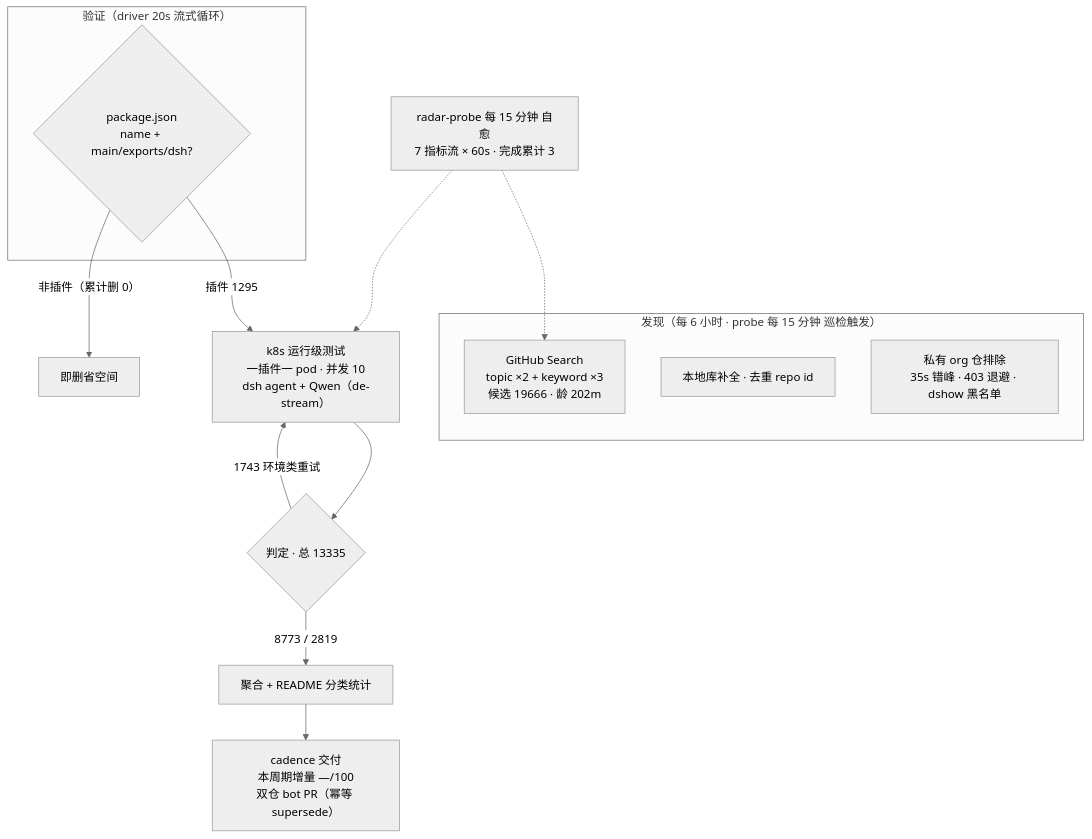
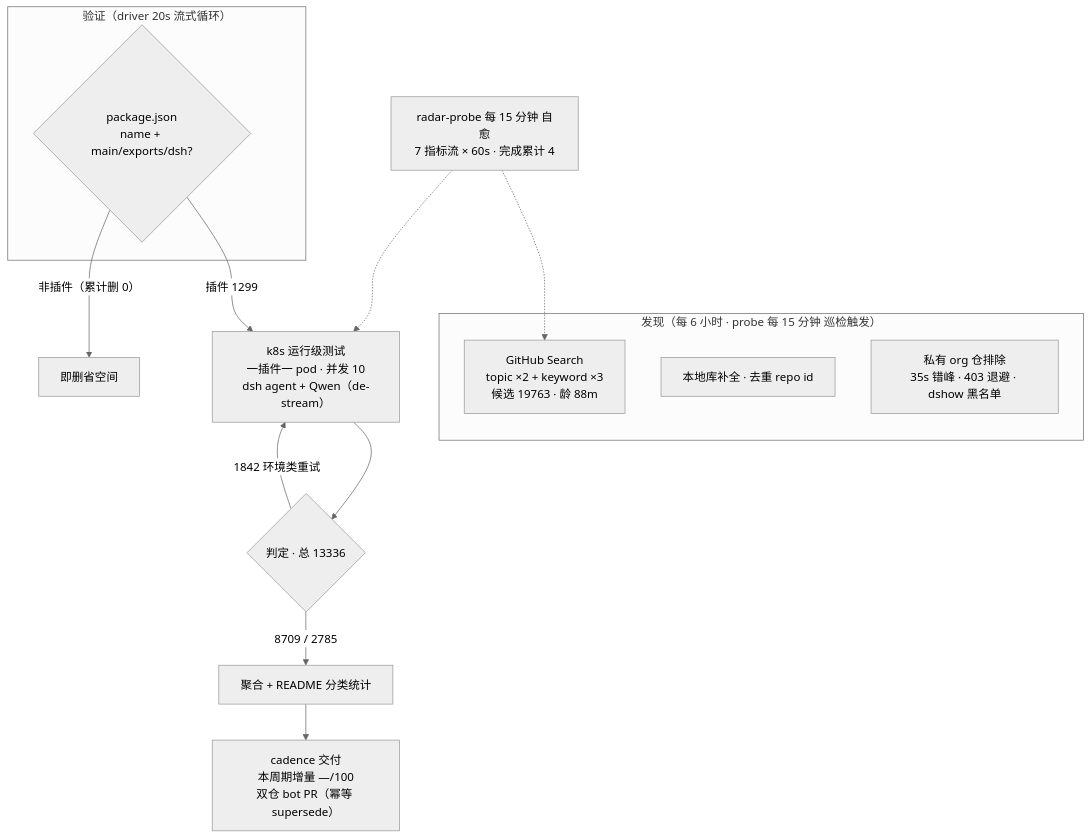
The diagram in README.md (AdamPlatin123/dsh-plugin-radar), drawn with Mermaid (neutral theme) before and after one commit. The commit also changed other lines of this file and 16 other files, not shown here.

````diff
--- a/README.md
+++ b/README.md
@@ -52,20 +52,20 @@
 ```mermaid
 flowchart TB
     subgraph Discovery["发现（每 6 小时 · probe 每 15 分钟 巡检触发）"]
-        A1["GitHub Search<br/>topic ×2 + keyword ×3<br/>候选 19666 · 龄 202m"]
+        A1["GitHub Search<br/>topic ×2 + keyword ×3<br/>候选 19763 · 龄 88m"]
         A2["本地库补全 · 去重 repo id"]
         A3["私有 org 仓排除<br/>35s 错峰 · 403 退避 · dshow 黑名单"]
     end
     subgraph Validation["验证（driver 20s 流式循环）"]
         B1{"package.json<br/>name + main/exports/dsh?"}
     end
-    B1 -->|"插件 1295"| C1["k8s 运行级测试<br/>一插件一 pod · 并发 10<br/>dsh agent + Qwen（de-stream）"]
+    B1 -->|"插件 1299"| C1["k8s 运行级测试<br/>一插件一 pod · 并发 10<br/>dsh agent + Qwen（de-stream）"]
     B1 -->|"非插件（累计删 0）"| B3["即删省空间"]
-    C1 --> D1{"判定 · 总 13335"}
-    D1 -->|"8773 / 2819"| E1["聚合 + README 分类统计"]
-    D1 -->|"1743 环境类重试"| C1
+    C1 --> D1{"判定 · 总 13336"}
+    D1 -->|"8709 / 2785"| E1["聚合 + README 分类统计"]
+    D1 -->|"1842 环境类重试"| C1
     E1 --> E2["cadence 交付<br/>本周期增量 —/100<br/>双仓 bot PR（幂等 supersede）"]
-    M["radar-probe 每 15 分钟 自愈<br/>7 指标流 × 60s · 完成累计 3"]
+    M["radar-probe 每 15 分钟 自愈<br/>7 指标流 × 60s · 完成累计 4"]
     M -.-> A1
     M -.-> C1
 ```
````
